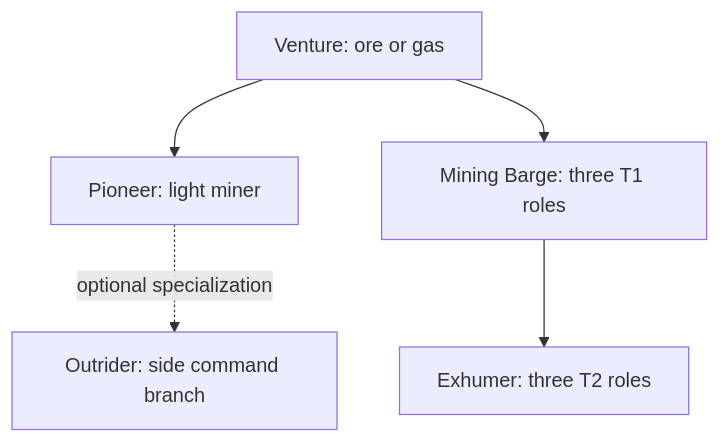
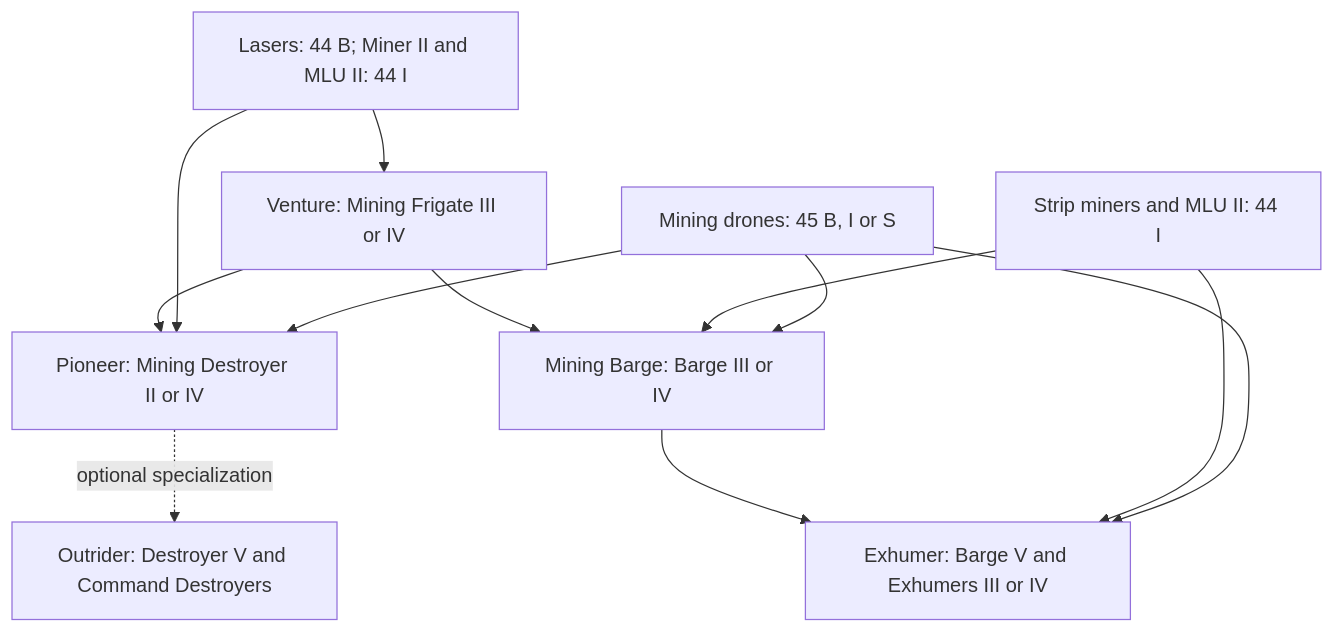
Before and after one commit to Blizbor/EvE-Modular-Skillplans: the diagram in training-paths/mining/DIAGRAM-EN.md, drawn with Mermaid. The commit also changed other lines of this file and 65 other files, not shown here.

````diff
--- a/training-paths/mining/DIAGRAM-EN.md
+++ b/training-paths/mining/DIAGRAM-EN.md
@@ -5,13 +5,23 @@
 ```mermaid
 flowchart TD
-    V["Venture: ore or gas"]
-    P["Pioneer: light miner"]
-    O["Outrider: side command branch"]
-    B["Mining Barge: three T1 roles"]
-    E["Exhumer: three T2 roles"]
+    V["Venture: Mining Frigate III or IV"]
+    P["Pioneer: Mining Destroyer II or IV"]
+    O["Outrider: Destroyer V and Command Destroyers"]
+    B["Mining Barge: Barge III or IV"]
+    E["Exhumer: Barge V and Exhumers III or IV"]
+    L["Lasers: 44 B; Miner II and MLU II: 44 I"]
+    S["Strip miners and MLU II: 44 I"]
+    D["Mining drones: 45 B, I or S"]
 
     V --> P
     P -. optional specialization .-> O
     V --> B
     B --> E
+    L --> V
+    L --> P
+    S --> B
+    S --> E
+    D --> P
+    D --> B
+    D --> E
 ```
````
